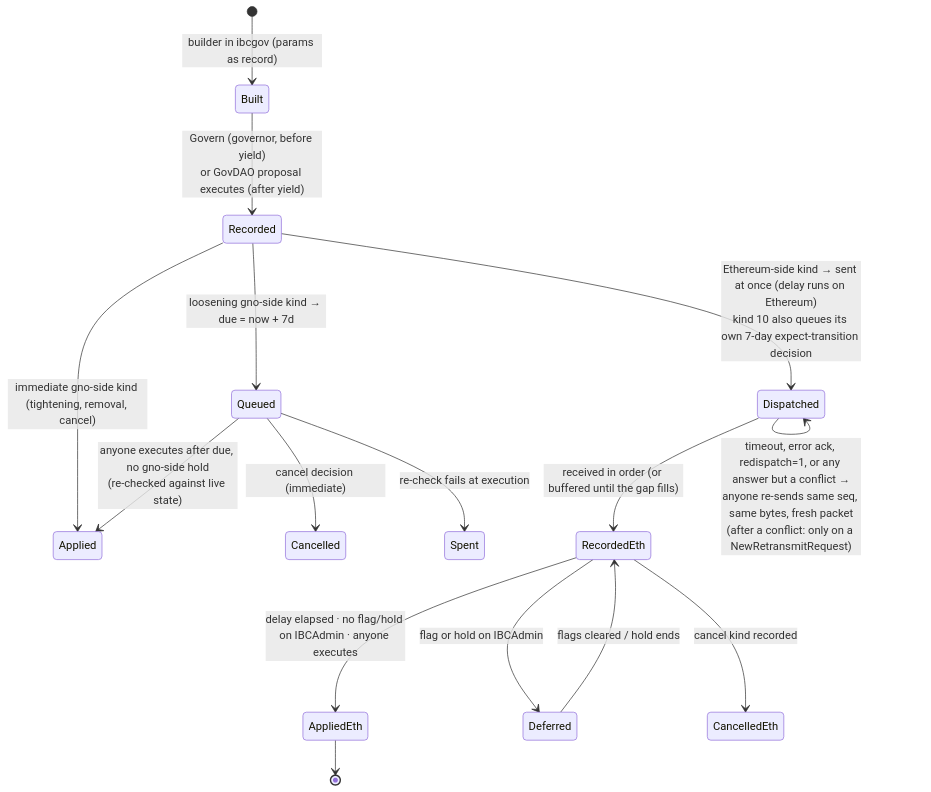
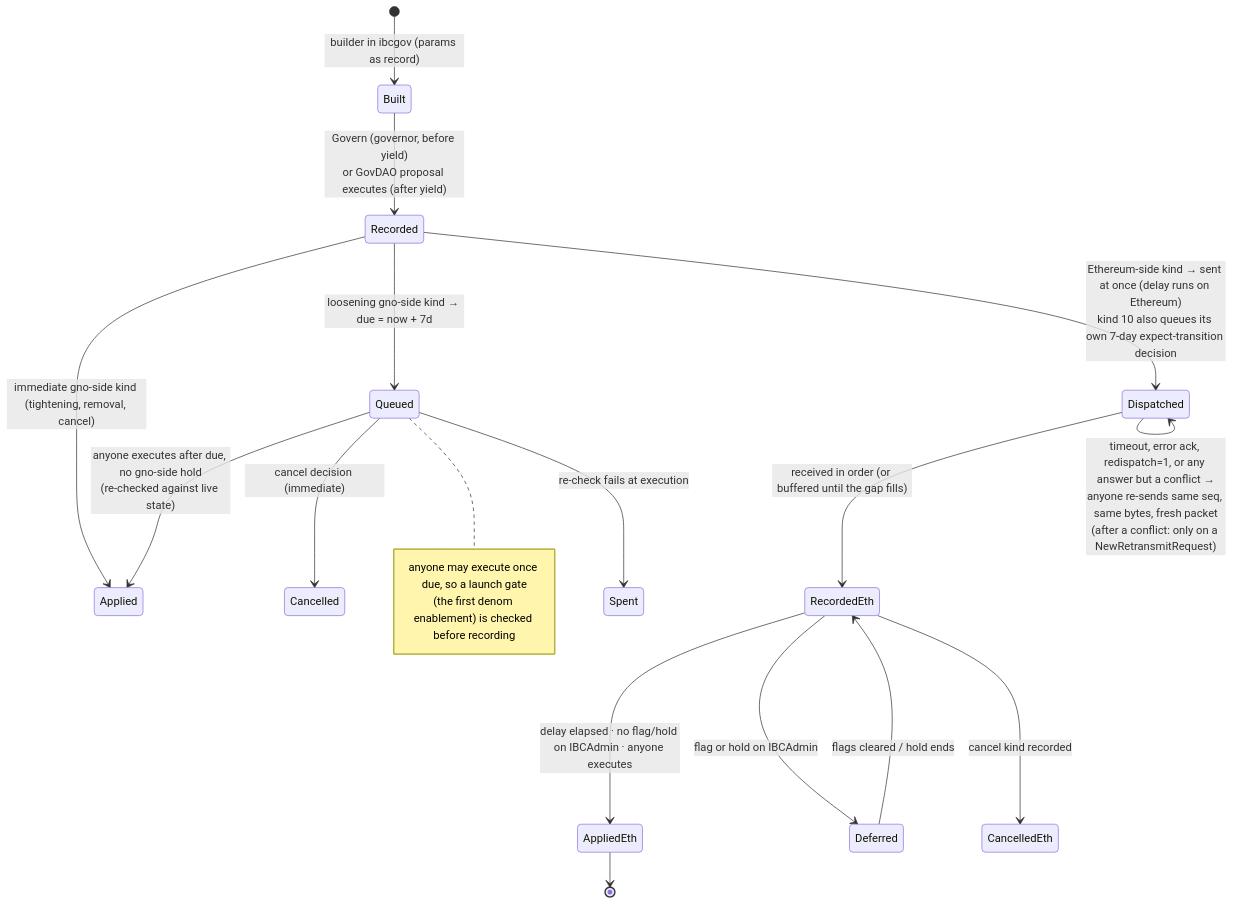
The seventh of 13 diagrams in gno.land/adr/pr6375_ibc_ethereum.md (gnolang/gno), drawn with Mermaid before and after one commit. The commit also changed other lines of this file, not shown here.

First line of the commit message:
docs(adr): check the launch value gate before recording and fold the ninth review

````diff
--- a/gno.land/adr/pr6375_ibc_ethereum.md
+++ b/gno.land/adr/pr6375_ibc_ethereum.md
@@ -654,18 +657,22 @@
 ```mermaid
 stateDiagram-v2
   [*] --> Built: builder in ibcgov (params as record)
   Built --> Recorded: Govern (governor, before yield)<br/>or GovDAO proposal executes (after yield)
   Recorded --> Applied: immediate gno-side kind (tightening, removal, cancel)
   Recorded --> Queued: loosening gno-side kind → due = now + 7d
   Recorded --> Dispatched: Ethereum-side kind → sent at once (delay runs on Ethereum)<br/>kind 10 also queues its own 7-day expect-transition decision
   Queued --> Cancelled: cancel decision (immediate)
+  note right of Queued
+    anyone may execute once due, so a launch gate
+    (the first denom enablement) is checked before recording
+  end note
   Queued --> Applied: anyone executes after due, no gno-side hold<br/>(re-checked against live state)
   Queued --> Spent: re-check fails at execution
   Dispatched --> RecordedEth: received in order (or buffered until the gap fills)
   Dispatched --> Dispatched: timeout, error ack, redispatch=1, or any answer but a conflict →<br/>anyone re-sends same seq, same bytes, fresh packet<br/>(after a conflict: only on a NewRetransmitRequest)
   RecordedEth --> AppliedEth: delay elapsed · no flag/hold on IBCAdmin · anyone executes
   RecordedEth --> Deferred: flag or hold on IBCAdmin
   Deferred --> RecordedEth: flags cleared / hold ends
   RecordedEth --> CancelledEth: cancel kind recorded
   AppliedEth --> [*]
 ```
````
